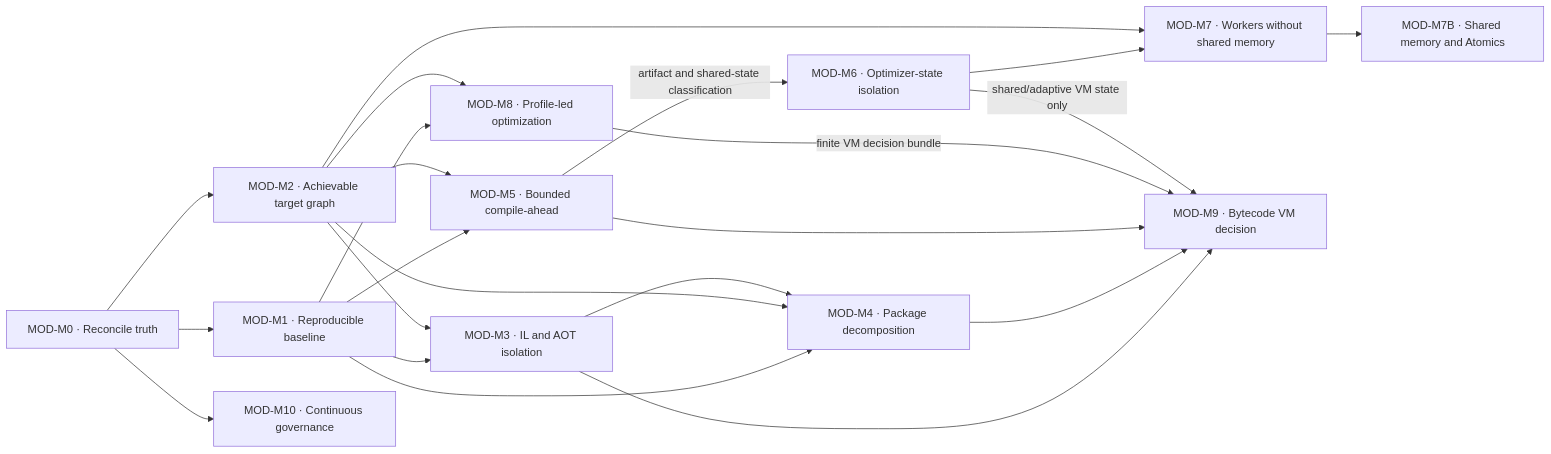
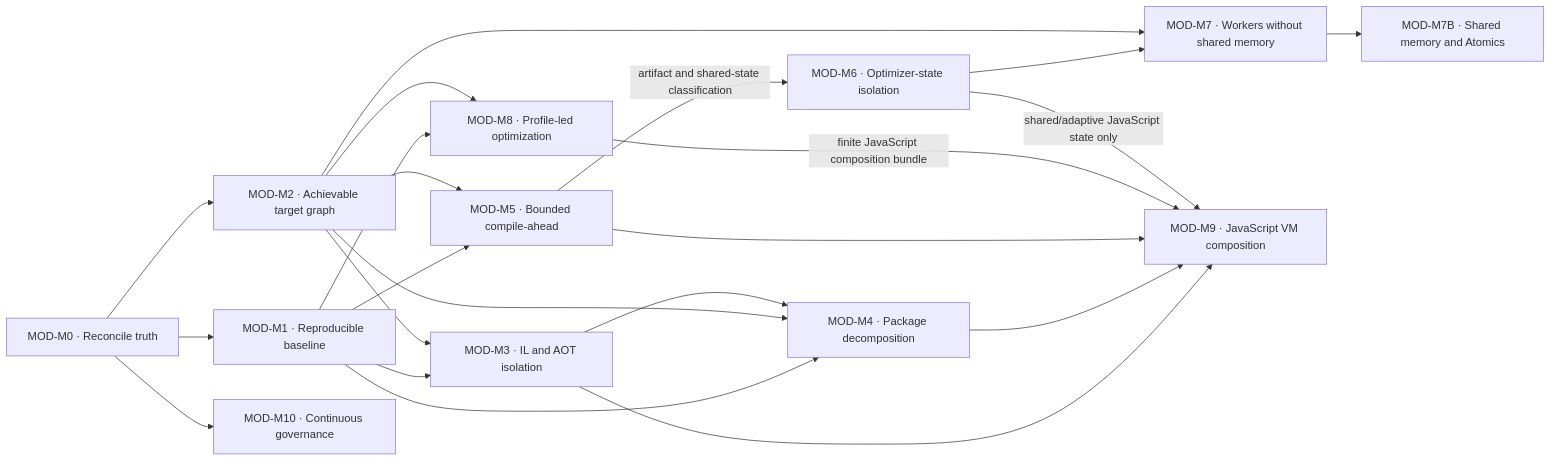
One commit to Broiler-Platform/Broiler.JS changed the diagram in docs/roadmap/Modernization.md. Above: the diagram before and after it, drawn with Mermaid. The commit also changed other lines of this file and 21 other files, not shown here.

````diff
--- a/docs/roadmap/Modernization.md
+++ b/docs/roadmap/Modernization.md
@@ -142,37 +144,37 @@
 ```mermaid
 flowchart LR
     MOD_M0["MOD-M0 · Reconcile truth"]
     MOD_M1["MOD-M1 · Reproducible baseline"]
     MOD_M2["MOD-M2 · Achievable target graph"]
     MOD_M3["MOD-M3 · IL and AOT isolation"]
     MOD_M4["MOD-M4 · Package decomposition"]
     MOD_M5["MOD-M5 · Bounded compile-ahead"]
     MOD_M6["MOD-M6 · Optimizer-state isolation"]
     MOD_M7["MOD-M7 · Workers without shared memory"]
     MOD_M7B["MOD-M7B · Shared memory and Atomics"]
     MOD_M8["MOD-M8 · Profile-led optimization"]
-    MOD_M9["MOD-M9 · Bytecode VM decision"]
+    MOD_M9["MOD-M9 · JavaScript VM composition"]
     MOD_M10["MOD-M10 · Continuous governance"]
 
     MOD_M0 --> MOD_M1
     MOD_M0 --> MOD_M2
     MOD_M1 --> MOD_M3
     MOD_M2 --> MOD_M3
     MOD_M1 --> MOD_M4
     MOD_M2 --> MOD_M4
     MOD_M3 --> MOD_M4
     MOD_M1 --> MOD_M5
     MOD_M2 --> MOD_M5
     MOD_M5 -->|"artifact and shared-state classification"| MOD_M6
     MOD_M6 --> MOD_M7
     MOD_M2 --> MOD_M7
     MOD_M7 --> MOD_M7B
     MOD_M1 --> MOD_M8
     MOD_M2 --> MOD_M8
     MOD_M3 --> MOD_M9
     MOD_M4 --> MOD_M9
     MOD_M5 --> MOD_M9
-    MOD_M8 -->|"finite VM decision bundle"| MOD_M9
-    MOD_M6 -->|"shared/adaptive VM state only"| MOD_M9
+    MOD_M8 -->|"finite JavaScript composition bundle"| MOD_M9
+    MOD_M6 -->|"shared/adaptive JavaScript state only"| MOD_M9
     MOD_M0 --> MOD_M10
 ```
````
